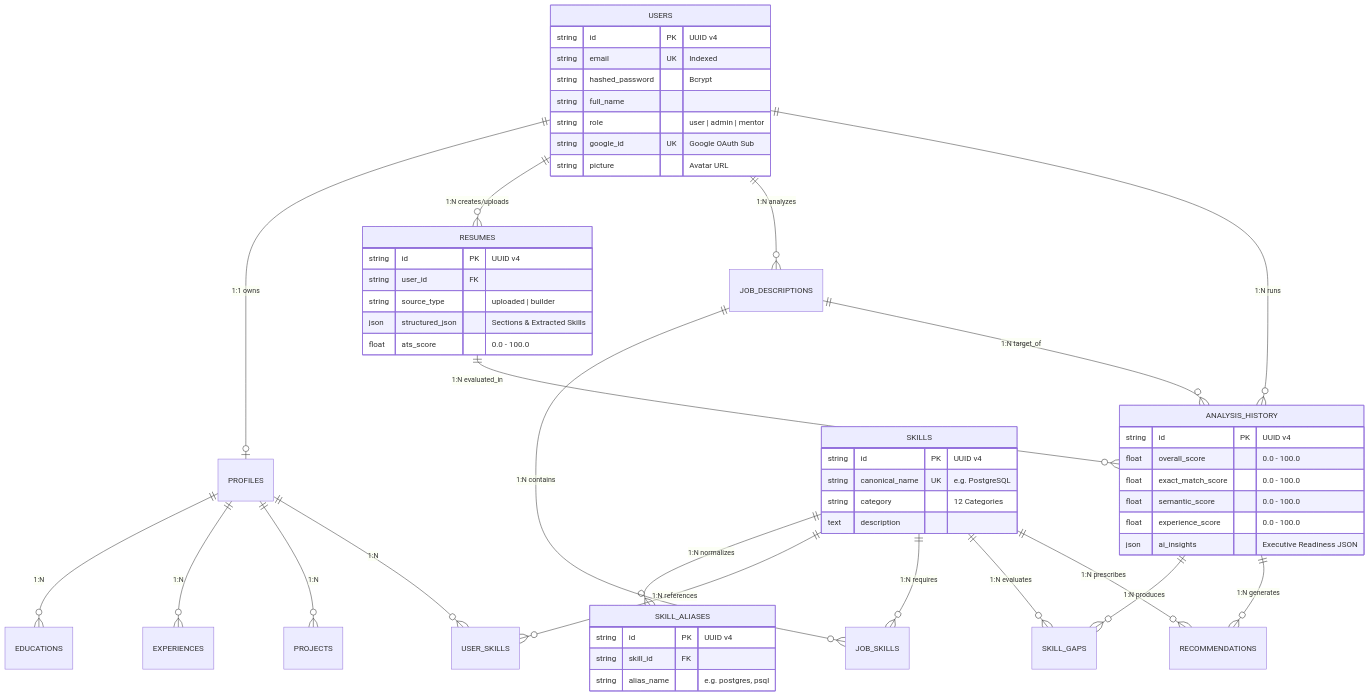
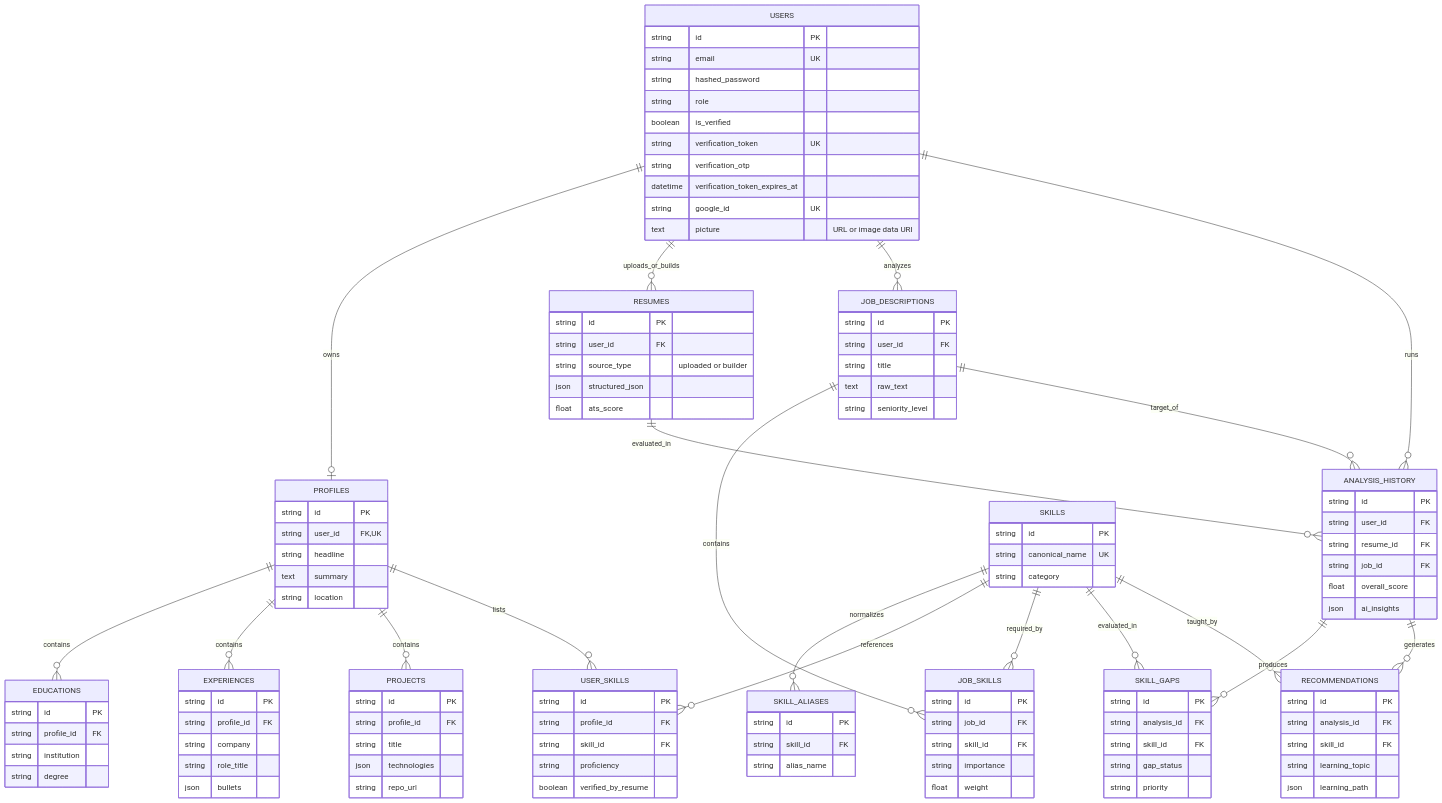
The fourth of 10 diagrams in README.md (tanishikpremi/SkillBit-AI-Resume-Builder-Skill-Gap-Analyzer), drawn with Mermaid before and after one commit. The commit also changed other lines of this file, not shown here.

Commit message:
Update README features and architecture diagrams

````diff
--- a/README.md
+++ b/README.md
@@ -234,60 +239,121 @@
 ```mermaid
 erDiagram
-    USERS ||--o| PROFILES : "1:1 owns"
-    USERS ||--o{ RESUMES : "1:N creates/uploads"
-    USERS ||--o{ JOB_DESCRIPTIONS : "1:N analyzes"
-    USERS ||--o{ ANALYSIS_HISTORY : "1:N runs"
-
-    PROFILES ||--o{ EDUCATIONS : "1:N"
-    PROFILES ||--o{ EXPERIENCES : "1:N"
-    PROFILES ||--o{ PROJECTS : "1:N"
-    PROFILES ||--o{ USER_SKILLS : "1:N"
-
-    SKILLS ||--o{ SKILL_ALIASES : "1:N normalizes"
-    SKILLS ||--o{ USER_SKILLS : "1:N references"
-    SKILLS ||--o{ JOB_SKILLS : "1:N requires"
-    SKILLS ||--o{ SKILL_GAPS : "1:N evaluates"
-    SKILLS ||--o{ RECOMMENDATIONS : "1:N prescribes"
-
-    JOB_DESCRIPTIONS ||--o{ JOB_SKILLS : "1:N contains"
-    RESUMES ||--o{ ANALYSIS_HISTORY : "1:N evaluated_in"
-    JOB_DESCRIPTIONS ||--o{ ANALYSIS_HISTORY : "1:N target_of"
-    ANALYSIS_HISTORY ||--o{ SKILL_GAPS : "1:N produces"
-    ANALYSIS_HISTORY ||--o{ RECOMMENDATIONS : "1:N generates"
+    USERS ||--o| PROFILES : owns
+    USERS ||--o{ RESUMES : uploads_or_builds
+    USERS ||--o{ JOB_DESCRIPTIONS : analyzes
+    USERS ||--o{ ANALYSIS_HISTORY : runs
+    PROFILES ||--o{ EDUCATIONS : contains
+    PROFILES ||--o{ EXPERIENCES : contains
+    PROFILES ||--o{ PROJECTS : contains
+    PROFILES ||--o{ USER_SKILLS : lists
+    SKILLS ||--o{ SKILL_ALIASES : normalizes
+    SKILLS ||--o{ USER_SKILLS : references
+    SKILLS ||--o{ JOB_SKILLS : required_by
+    SKILLS ||--o{ SKILL_GAPS : evaluated_in
+    SKILLS ||--o{ RECOMMENDATIONS : taught_by
+    JOB_DESCRIPTIONS ||--o{ JOB_SKILLS : contains
+    RESUMES ||--o{ ANALYSIS_HISTORY : evaluated_in
+    JOB_DESCRIPTIONS ||--o{ ANALYSIS_HISTORY : target_of
+    ANALYSIS_HISTORY ||--o{ SKILL_GAPS : produces
+    ANALYSIS_HISTORY ||--o{ RECOMMENDATIONS : generates
 
     USERS {
-        string id PK "UUID v4"
-        string email UK "Indexed"
-        string hashed_password "Bcrypt"
-        string full_name
-        string role "user | admin | mentor"
-        string google_id UK "Google OAuth Sub"
-        string picture "Avatar URL"
+        string id PK
+        string email UK
+        string hashed_password
+        string role
+        boolean is_verified
+        string verification_token UK
+        string verification_otp
+        datetime verification_token_expires_at
+        string google_id UK
+        text picture "URL or image data URI"
+    }
+    PROFILES {
+        string id PK
+        string user_id FK, UK
+        string headline
+        text summary
+        string location
+    }
+    EDUCATIONS {
+        string id PK
+        string profile_id FK
+        string institution
+        string degree
+    }
+    EXPERIENCES {
+        string id PK
+        string profile_id FK
+        string company
+        string role_title
+        json bullets
+    }
+    PROJECTS {
+        string id PK
+        string profile_id FK
+        string title
+        json technologies
+        string repo_url
+    }
+    USER_SKILLS {
+        string id PK
+        string profile_id FK
+        string skill_id FK
+        string proficiency
+        boolean verified_by_resume
     }
     SKILLS {
-        string id PK "UUID v4"
-        string canonical_name UK "e.g. PostgreSQL"
-        string category "12 Categories"
-        text description
+        string id PK
+        string canonical_name UK
+        string category
     }
     SKILL_ALIASES {
-        string id PK "UUID v4"
+        string id PK
         string skill_id FK
-        string alias_name "e.g. postgres, psql"
+        string alias_name
     }
     RESUMES {
-        string id PK "UUID v4"
+        string id PK
         string user_id FK
-        string source_type "uploaded | builder"
-        json structured_json "Sections & Extracted Skills"
-        float ats_score "0.0 - 100.0"
+        string source_type "uploaded or builder"
+        json structured_json
+        float ats_score
+    }
+    JOB_DESCRIPTIONS {
+        string id PK
+        string user_id FK
+        string title
+        text raw_text
+        string seniority_level
+    }
+    JOB_SKILLS {
+        string id PK
+        string job_id FK
+        string skill_id FK
+        string importance
+        float weight
     }
     ANALYSIS_HISTORY {
-        string id PK "UUID v4"
-        float overall_score "0.0 - 100.0"
-        float exact_match_score "0.0 - 100.0"
-        float semantic_score "0.0 - 100.0"
-        float experience_score "0.0 - 100.0"
-        json ai_insights "Executive Readiness JSON"
+        string id PK
+        string user_id FK
+        string resume_id FK
+        string job_id FK
+        float overall_score
+        json ai_insights
+    }
+    SKILL_GAPS {
+        string id PK
+        string analysis_id FK
+        string skill_id FK
+        string gap_status
+        string priority
+    }
+    RECOMMENDATIONS {
+        string id PK
+        string analysis_id FK
+        string skill_id FK
+        string learning_topic
+        json learning_path
     }
 ```
````
